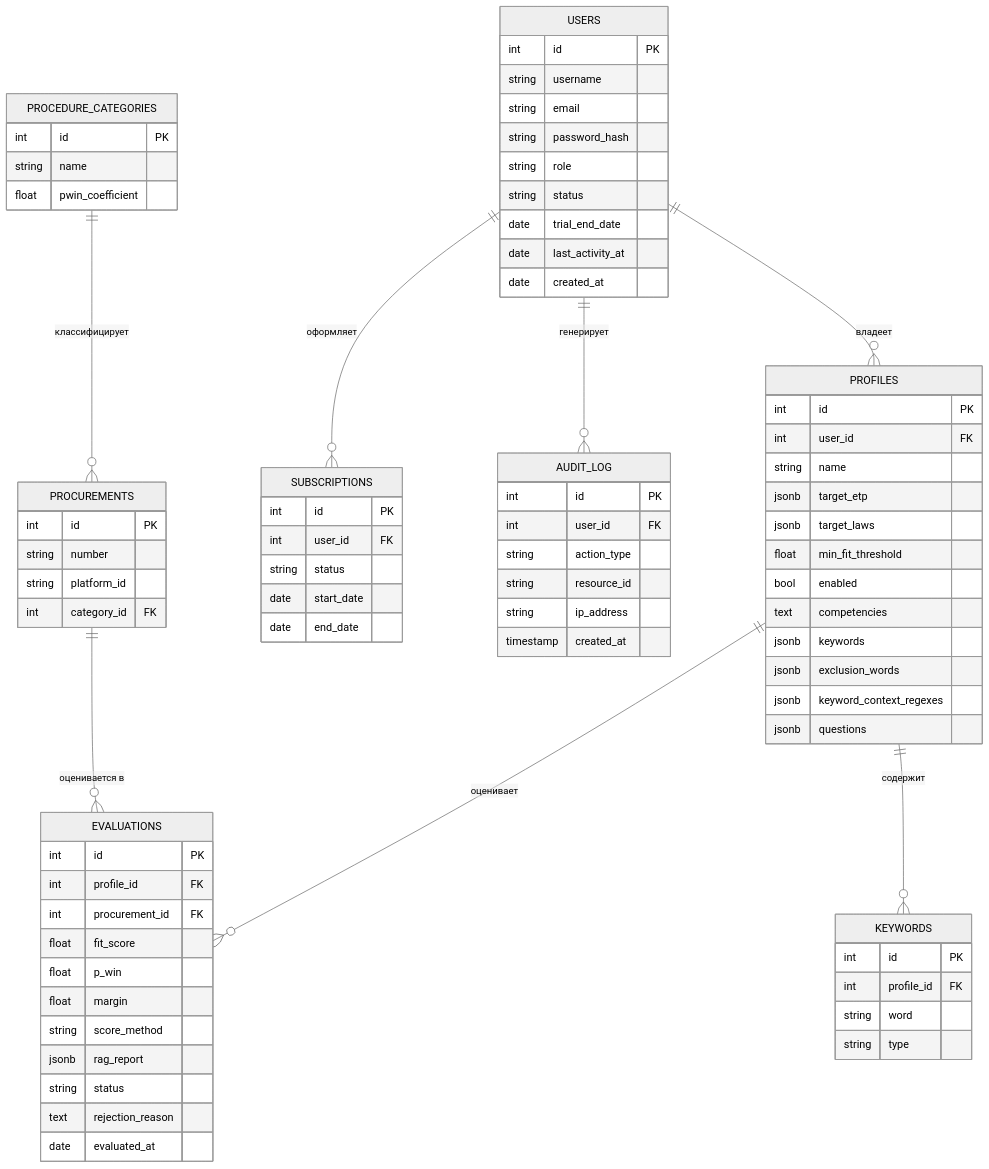
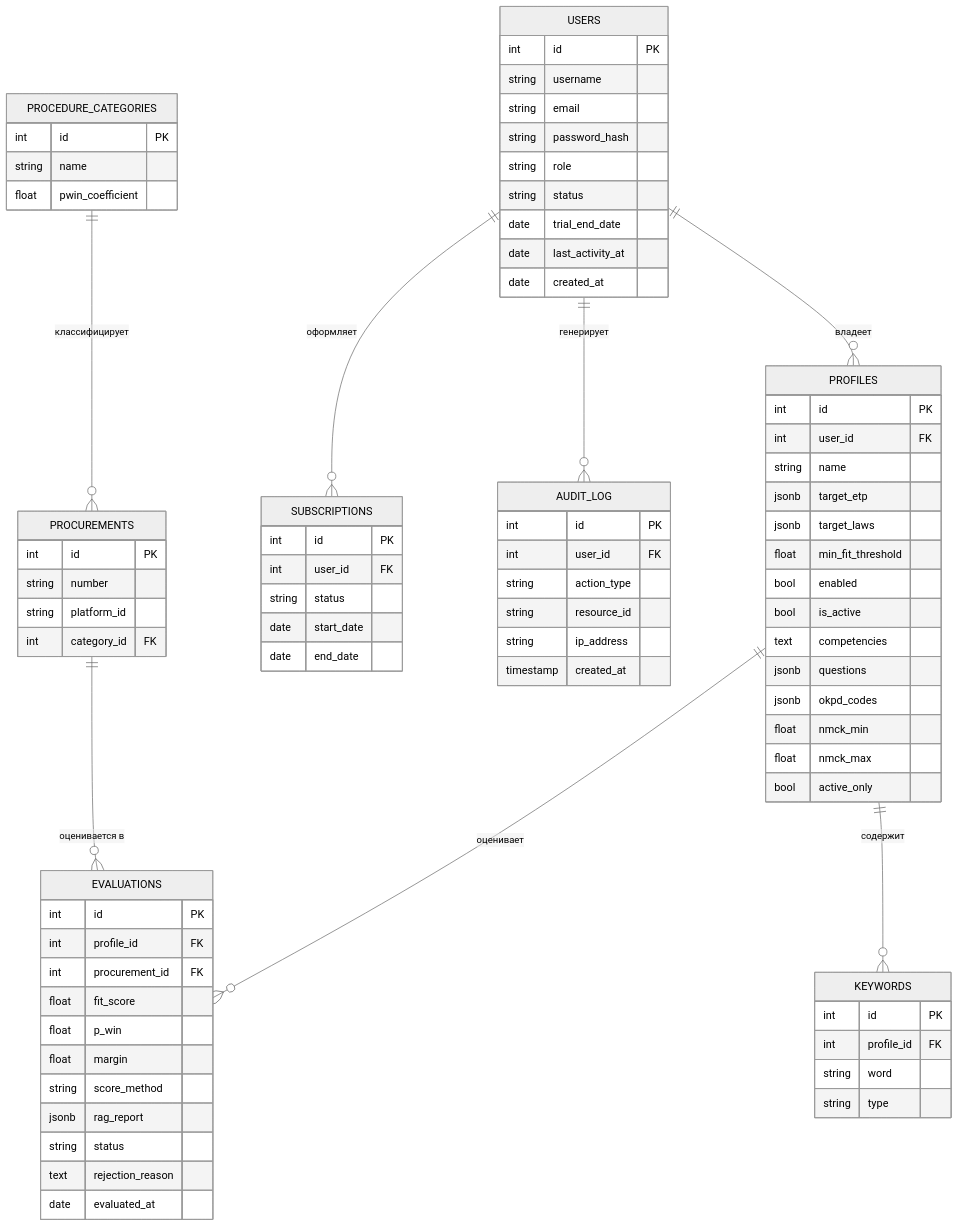
The diagram in specification.md (igorvolk1961/zakupki_parser), drawn with Mermaid (neutral theme) before and after one commit. The commit also changed other lines of this file and 31 other files, not shown here.

```diff
--- a/specification.md
+++ b/specification.md
@@ -578,11 +566,13 @@
         jsonb target_laws
         float min_fit_threshold
         bool enabled
+        bool is_active
         text competencies
-        jsonb keywords
-        jsonb exclusion_words
-        jsonb keyword_context_regexes
         jsonb questions
+        jsonb okpd_codes
+        float nmck_min
+        float nmck_max
+        bool active_only
     }
     KEYWORDS {
         int id PK
```
